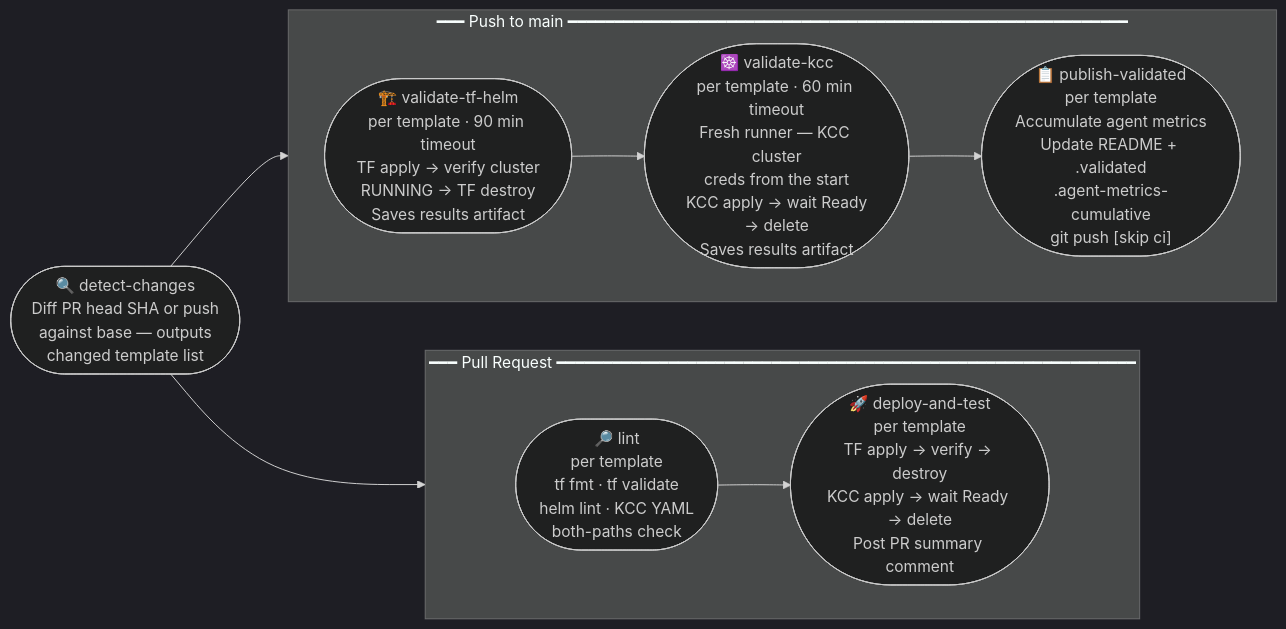
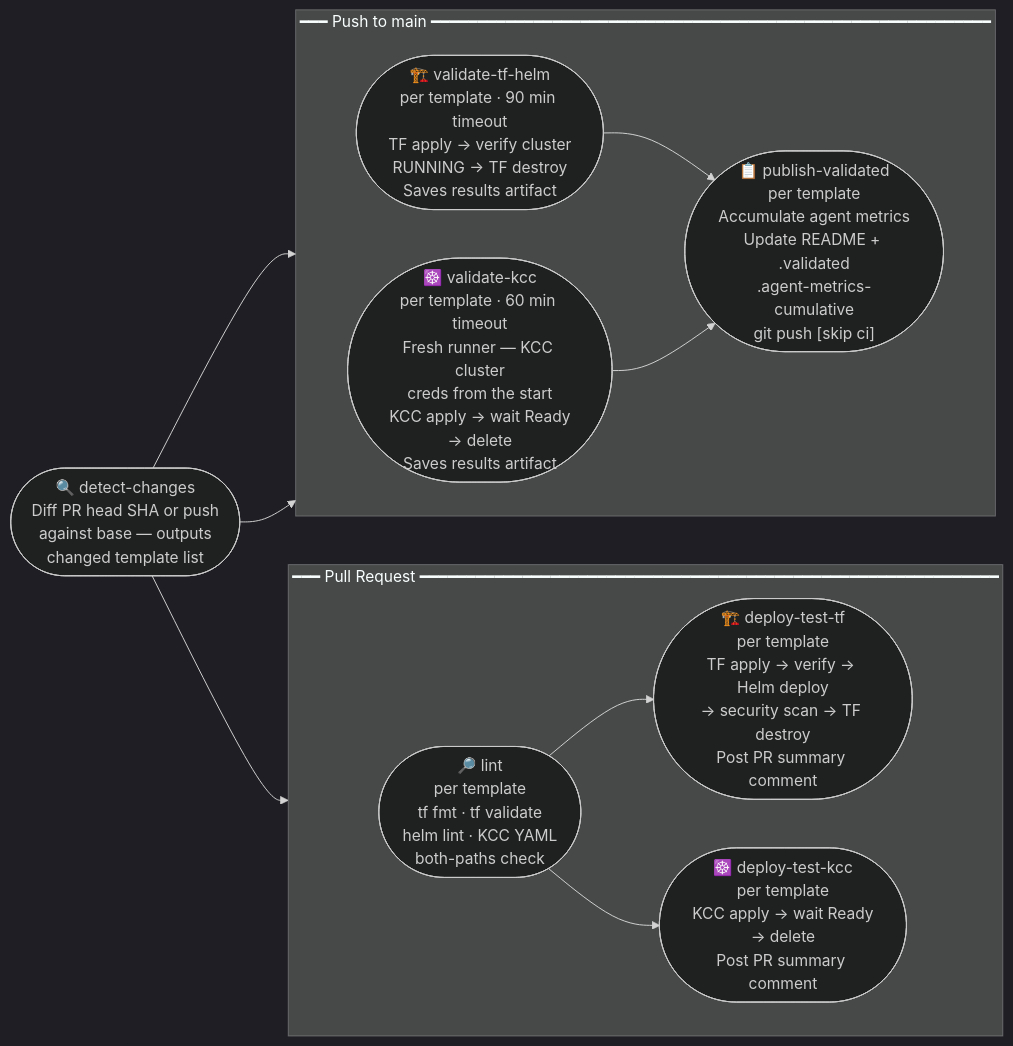
Before and after one commit to fkc1e100/gcp-template-forge: the second of 3 diagrams in README.md, drawn with Mermaid (dark theme). The commit also changed other lines of this file, not shown here.

First line of the commit message:
docs(readme): update CI job dependency graph to reflect parallel jobs

````diff
--- a/README.md
+++ b/README.md
@@ -86,23 +86,26 @@
 ```mermaid
 flowchart LR
     DC(["🔍 detect-changes\nDiff PR head SHA or push\nagainst base — outputs\nchanged template list"])
 
     subgraph pr ["━━━  Pull Request  ━━━━━━━━━━━━━━━━━━━━━━━━━━━━━━━━━━━━━━━━━━━━━━━━━━━━━━━━━━━━━━"]
         direction LR
         L(["🔎 lint\nper template\ntf fmt · tf validate\nhelm lint · KCC YAML\nboth-paths check"])
-        DAT(["🚀 deploy-and-test\nper template\nTF apply → verify → destroy\nKCC apply → wait Ready → delete\nPost PR summary comment"])
+        DTTF(["🏗️ deploy-test-tf\nper template\nTF apply → verify → Helm deploy\n→ security scan → TF destroy\nPost PR summary comment"])
+        DTKCC(["☸️ deploy-test-kcc\nper template\nKCC apply → wait Ready\n→ delete\nPost PR summary comment"])
     end
 
     subgraph push ["━━━  Push to main  ━━━━━━━━━━━━━━━━━━━━━━━━━━━━━━━━━━━━━━━━━━━━━━━━━━━━━━━━━━━━"]
         direction LR
         VTH(["🏗️ validate-tf-helm\nper template · 90 min timeout\nTF apply → verify cluster\nRUNNING → TF destroy\nSaves results artifact"])
         VKCC(["☸️ validate-kcc\nper template · 60 min timeout\nFresh runner — KCC cluster\ncreds from the start\nKCC apply → wait Ready\n→ delete\nSaves results artifact"])
         PUB(["📋 publish-validated\nper template\nAccumulate agent metrics\nUpdate README + .validated\n.agent-metrics-cumulative\ngit push [skip ci]"])
     end
 
     DC --> L
-    L --> DAT
+    L --> DTTF
+    L --> DTKCC
     DC --> VTH
-    VTH --> VKCC
+    DC --> VKCC
+    VTH --> PUB
     VKCC --> PUB
 ```
````
